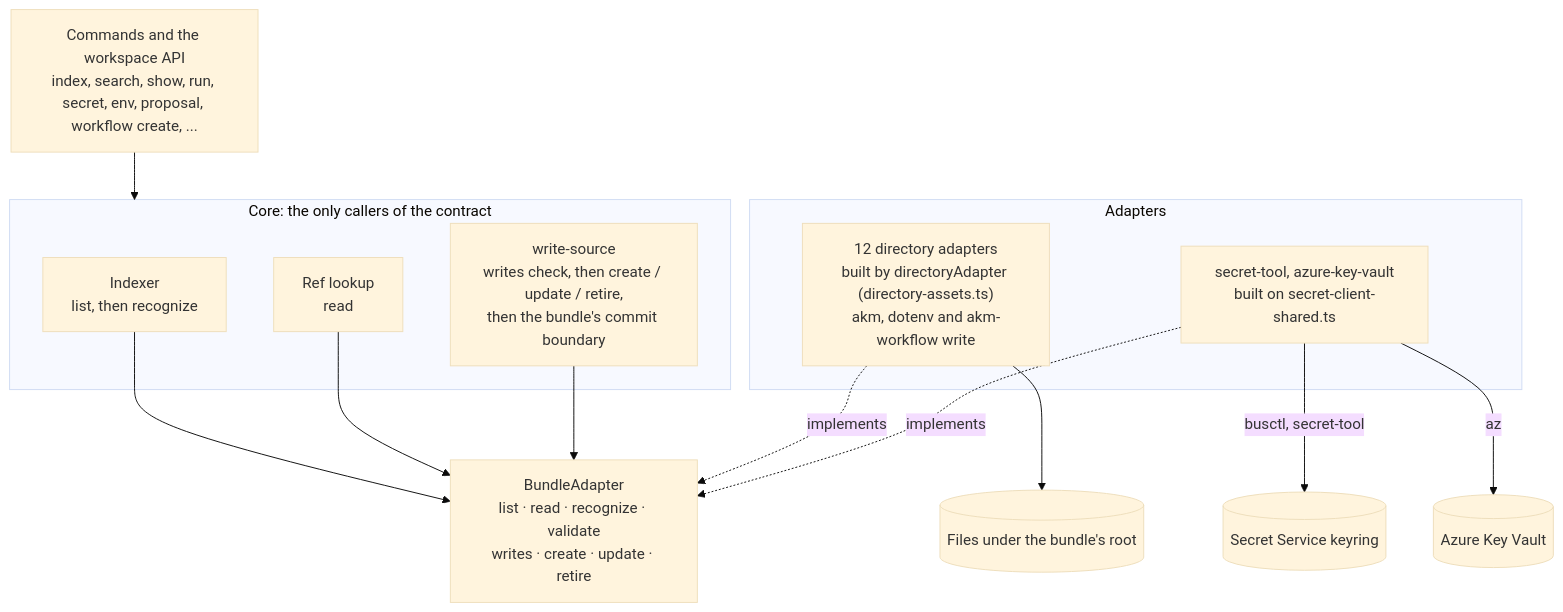
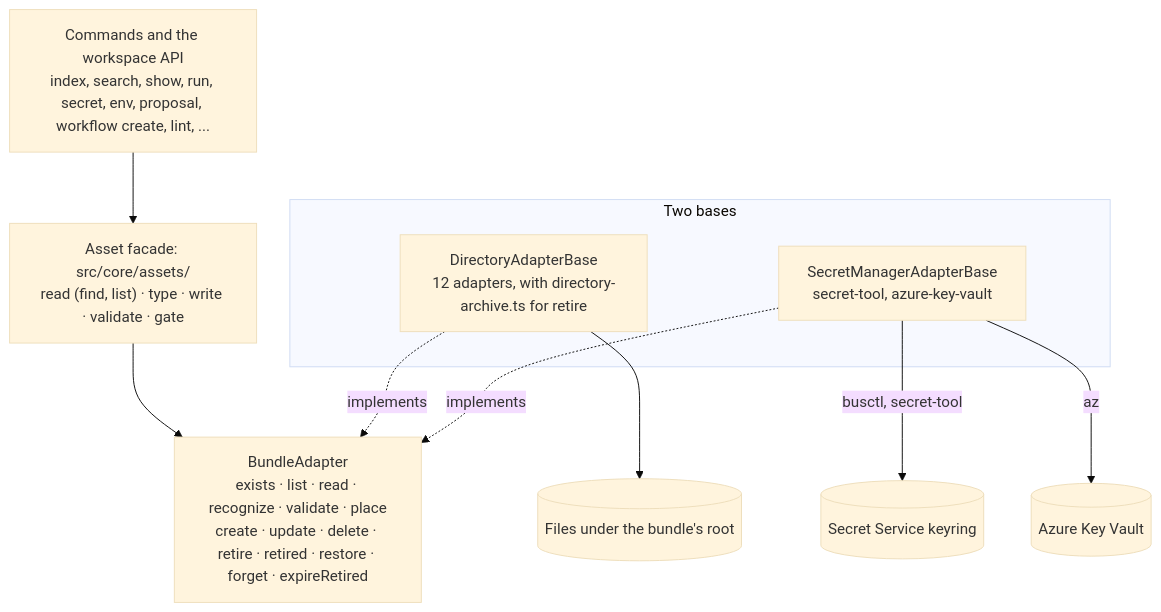
Before and after one commit to itlackey/akm: the diagram in docs/architecture/adapters.md, drawn with Mermaid (base theme). The commit also changed other lines of this file and 8 other files, not shown here.

First line of the commit message:
docs: the adapter layer, the asset facade and the bundle config shape

````diff
--- a/docs/architecture/adapters.md
+++ b/docs/architecture/adapters.md
@@ -81,26 +36,20 @@
 ```mermaid
 flowchart TD
-  CMD["Commands and the workspace API<br/>index, search, show, run, secret, env, proposal, workflow create, ..."]
-  subgraph CORE["Core: the only callers of the contract"]
-    IDX["Indexer<br/>list, then recognize"]
-    OWN["Ref lookup<br/>read"]
-    WR["write-source<br/>writes check, then create / update / retire,<br/>then the bundle's commit boundary"]
-  end
-  ADP["BundleAdapter<br/>list · read · recognize · validate<br/>writes · create · update · retire"]
-  subgraph ADAPTERS["Adapters"]
-    DIR["12 directory adapters<br/>built by directoryAdapter (directory-assets.ts)<br/>akm, dotenv and akm-workflow write"]
-    SEC["secret-tool, azure-key-vault<br/>built on secret-client-shared.ts"]
+  CMD["Commands and the workspace API<br/>index, search, show, run, secret, env, proposal, workflow create, lint, ..."]
+  FAC["Asset facade: src/core/assets/<br/>read (find, list) · type · write · validate · gate"]
+  ADP["BundleAdapter<br/>exists · list · read · recognize · validate · place<br/>create · update · delete · retire · retired · restore · forget · expireRetired"]
+  subgraph BASES["Two bases"]
+    DIR["DirectoryAdapterBase<br/>12 adapters, with directory-archive.ts for retire"]
+    SEC["SecretManagerAdapterBase<br/>secret-tool, azure-key-vault"]
   end
   FILES[("Files under the bundle's root")]
   KR[("Secret Service keyring")]
   KV[("Azure Key Vault")]
-  CMD --> CORE
-  IDX --> ADP
-  OWN --> ADP
-  WR --> ADP
+  CMD --> FAC
+  FAC --> ADP
   DIR -. implements .-> ADP
   SEC -. implements .-> ADP
   DIR --> FILES
   SEC -->|"busctl, secret-tool"| KR
   SEC -->|"az"| KV
 ```
````
